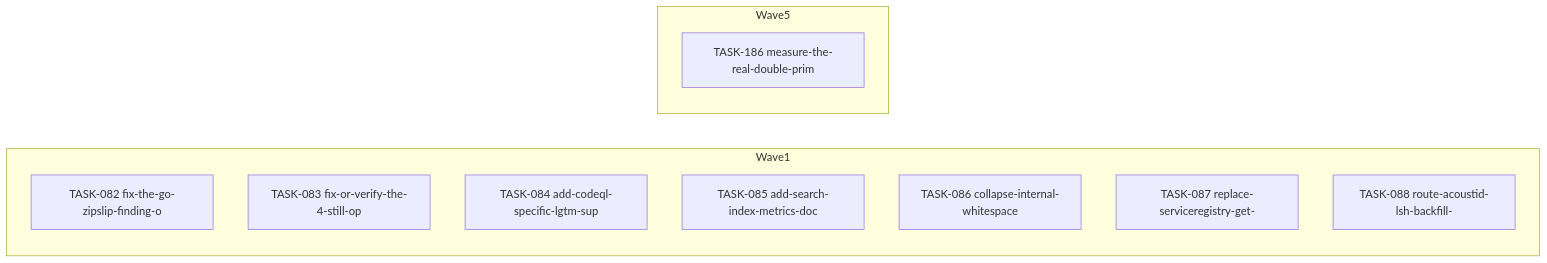
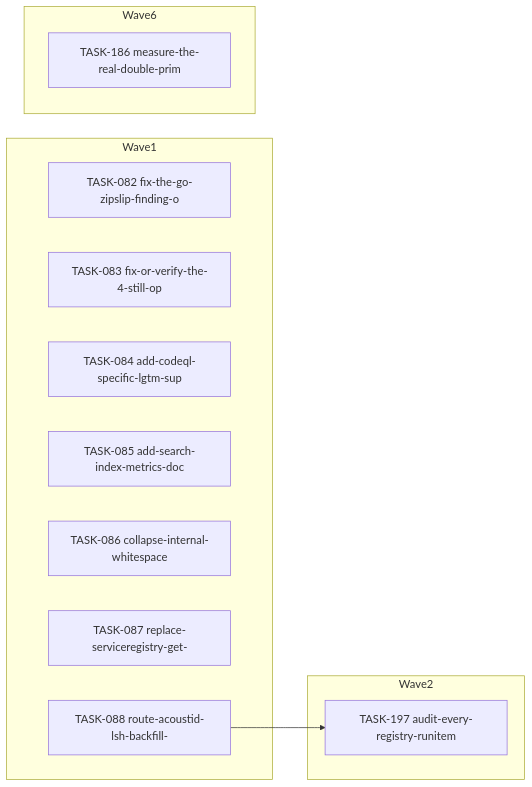
The diagram in docs/agent-tasks/todo-completion/misc-go/orchestration.md (falkcorp/audiobook-organizer), drawn with Mermaid before and after one commit. The commit also changed other lines of this file and 275 other files, not shown here.

````diff
--- a/docs/agent-tasks/todo-completion/misc-go/orchestration.md
+++ b/docs/agent-tasks/todo-completion/misc-go/orchestration.md
@@ -12,16 +12,19 @@
 ```mermaid
 flowchart LR
     subgraph Wave1
       TASK082[TASK-082 fix-the-go-zipslip-finding-o]
       TASK083[TASK-083 fix-or-verify-the-4-still-op]
       TASK084[TASK-084 add-codeql-specific-lgtm-sup]
       TASK085[TASK-085 add-search-index-metrics-doc]
       TASK086[TASK-086 collapse-internal-whitespace]
       TASK087[TASK-087 replace-serviceregistry-get-]
       TASK088[TASK-088 route-acoustid-lsh-backfill-]
     end
-    subgraph Wave5
+    subgraph Wave2
+      TASK197[TASK-197 audit-every-registry-runitem]
+    end
+    subgraph Wave6
       TASK186[TASK-186 measure-the-real-double-prim]
     end
-
+    TASK088 --> TASK197
 ```
````
